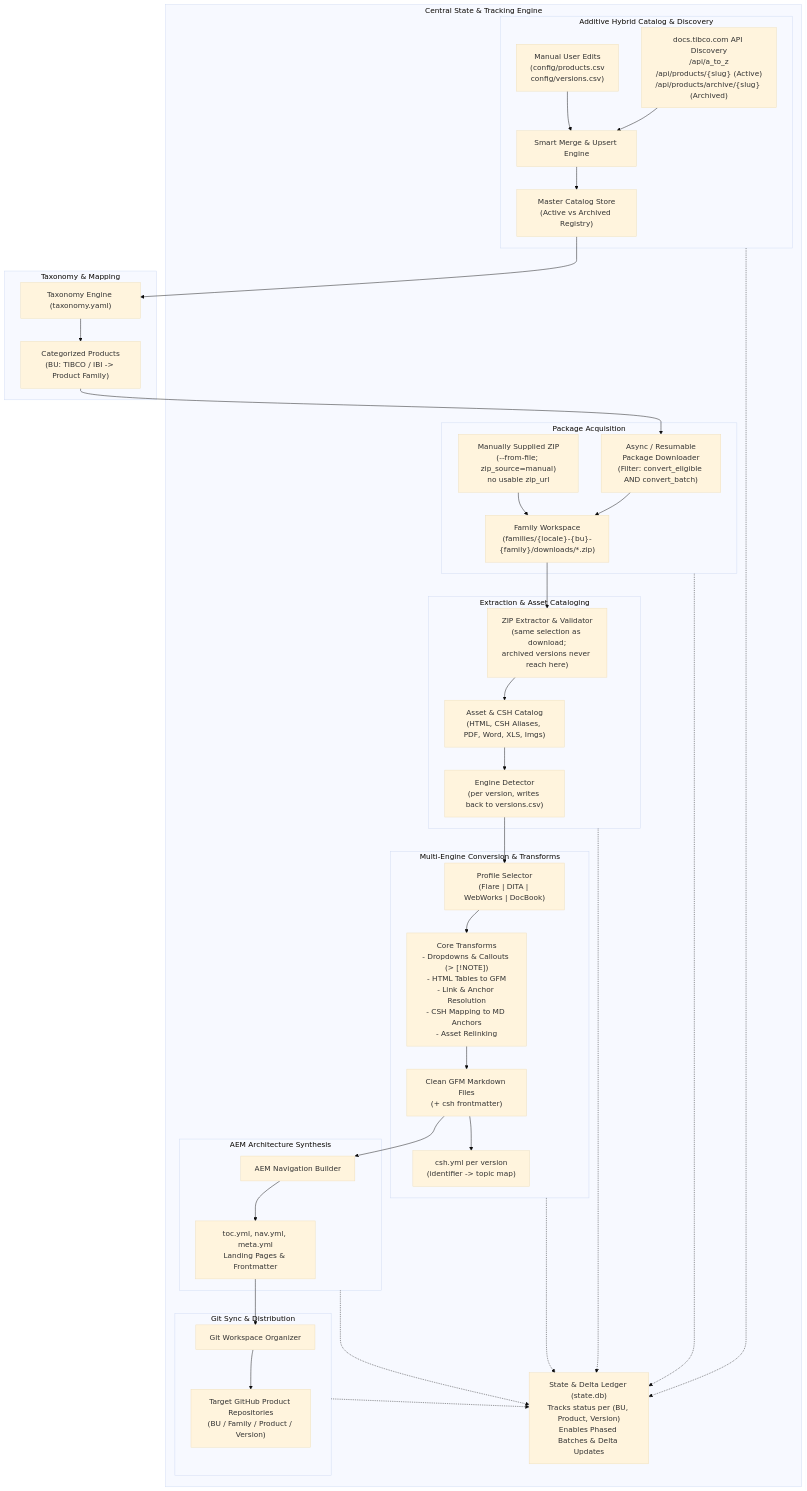
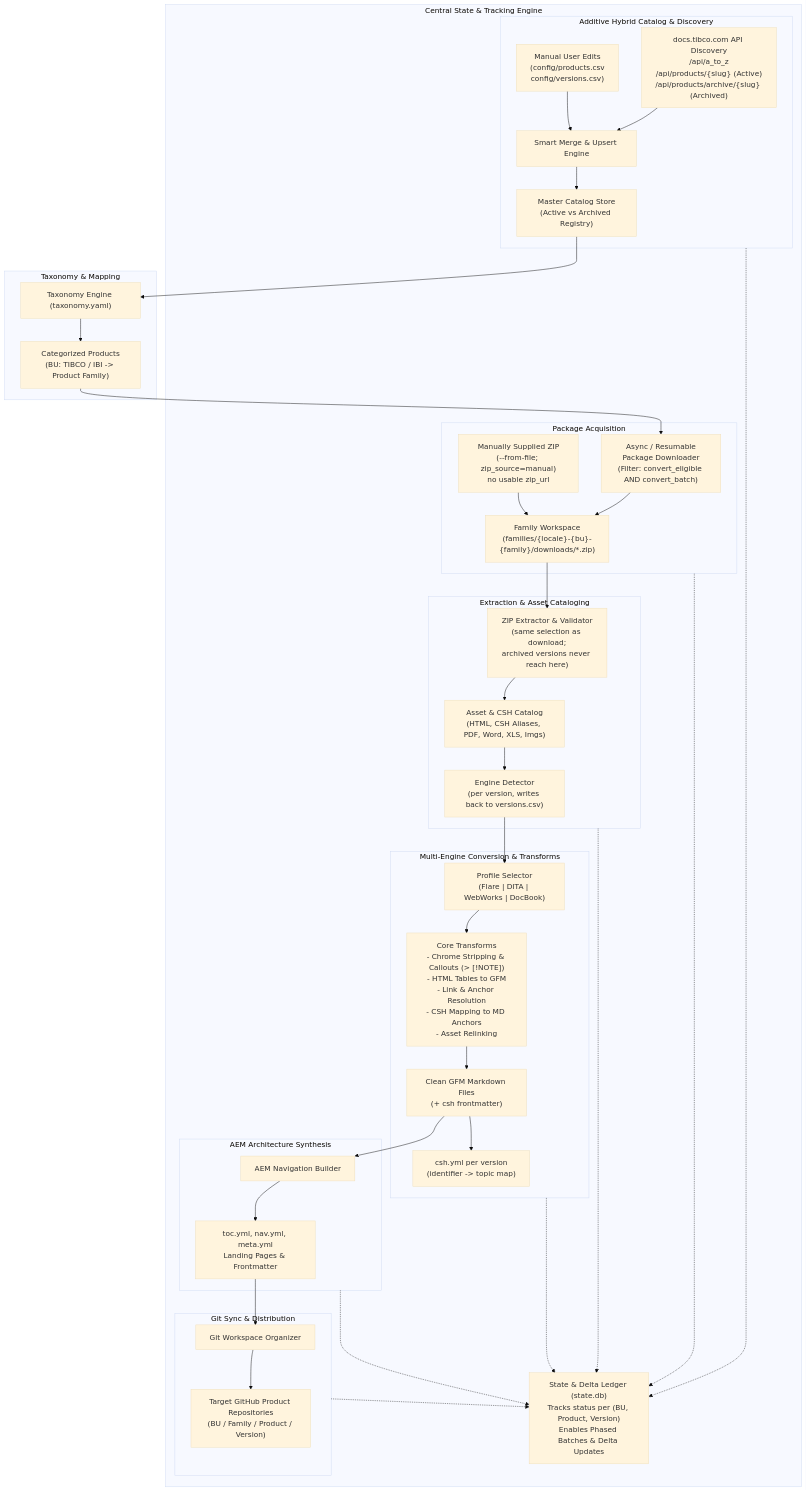
One commit to magrawal-tibco/docushift-tool changed the diagram in docs/architecture.md. Above: the diagram before and after it, drawn with Mermaid (base theme). The commit also changed other lines of this file and 3 other files, not shown here.

````diff
--- a/docs/architecture.md
+++ b/docs/architecture.md
@@ -17,52 +17,52 @@
 ```mermaid
 flowchart TD
     subgraph Catalog["Additive Hybrid Catalog & Discovery"]
         D1["docs.tibco.com API Discovery\n/api/a_to_z\n/api/products/{slug} (Active)\n/api/products/archive/{slug} (Archived)"] --> M1["Smart Merge & Upsert Engine"]
         M2["Manual User Edits\n(config/products.csv\nconfig/versions.csv)"] --> M1
         M1 --> CAT["Master Catalog Store\n(Active vs Archived Registry)"]
     end
 
     subgraph Taxonomy["Taxonomy & Mapping"]
         CAT --> T1["Taxonomy Engine (taxonomy.yaml)"]
         T1 --> T2["Categorized Products\n(BU: TIBCO / IBI -> Product Family)"]
     end
 
     subgraph Download["Package Acquisition"]
         T2 --> DW1["Async / Resumable\nPackage Downloader\n(Filter: convert_eligible AND convert_batch)"]
         DW1 --> DW2["Family Workspace\n(families/{locale}-{bu}-{family}/downloads/*.zip)"]
         MZ["Manually Supplied ZIP\n(--from-file; zip_source=manual)\nno usable zip_url"] --> DW2
     end
 
     subgraph Extract["Extraction & Asset Cataloging"]
         DW2 --> EX1["ZIP Extractor & Validator\n(same selection as download;\narchived versions never reach here)"]
         EX1 --> EX2["Asset & CSH Catalog\n(HTML, CSH Aliases, PDF, Word, XLS, Imgs)"]
         EX2 --> EX3["Engine Detector\n(per version, writes back to versions.csv)"]
     end
 
     subgraph Convert["Multi-Engine Conversion & Transforms"]
         EX3 --> C1["Profile Selector\n(Flare | DITA | WebWorks | DocBook)"]
-        C1 --> C2["Core Transforms\n- Dropdowns & Callouts (> [!NOTE])\n- HTML Tables to GFM\n- Link & Anchor Resolution\n- CSH Mapping to MD Anchors\n- Asset Relinking"]
+        C1 --> C2["Core Transforms\n- Chrome Stripping & Callouts (> [!NOTE])\n- HTML Tables to GFM\n- Link & Anchor Resolution\n- CSH Mapping to MD Anchors\n- Asset Relinking"]
         C2 --> C3["Clean GFM Markdown Files\n(+ csh frontmatter)"]
         C3 --> C4["csh.yml per version\n(identifier -> topic map)"]
     end
 
     subgraph AEM["AEM Architecture Synthesis"]
         C3 --> AEM1["AEM Navigation Builder"]
         AEM1 --> AEM2["toc.yml, nav.yml, meta.yml\nLanding Pages & Frontmatter"]
     end
 
     subgraph Sync["Git Sync & Distribution"]
         AEM2 --> G1["Git Workspace Organizer"]
         G1 --> G2["Target GitHub Product Repositories\n(BU / Family / Product / Version)"]
     end
 
     subgraph Central["Central State & Tracking Engine"]
         ST["State & Delta Ledger (state.db)\nTracks status per (BU, Product, Version)\nEnables Phased Batches & Delta Updates"]
         Catalog -.-> ST
         Download -.-> ST
         Extract -.-> ST
         Convert -.-> ST
         AEM -.-> ST
         Sync -.-> ST
     end
 ```
````
